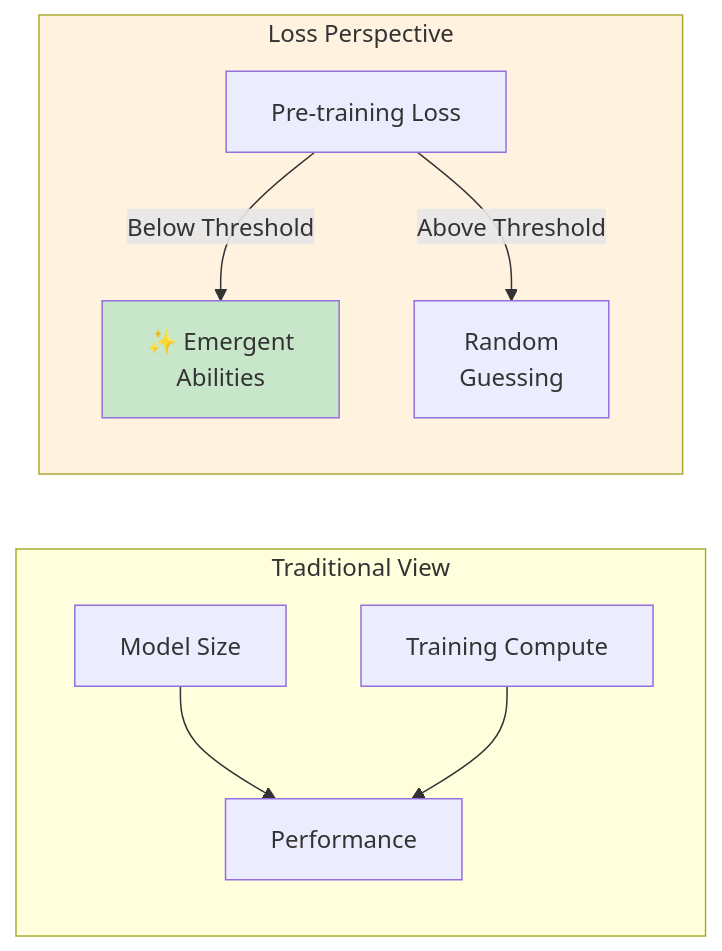
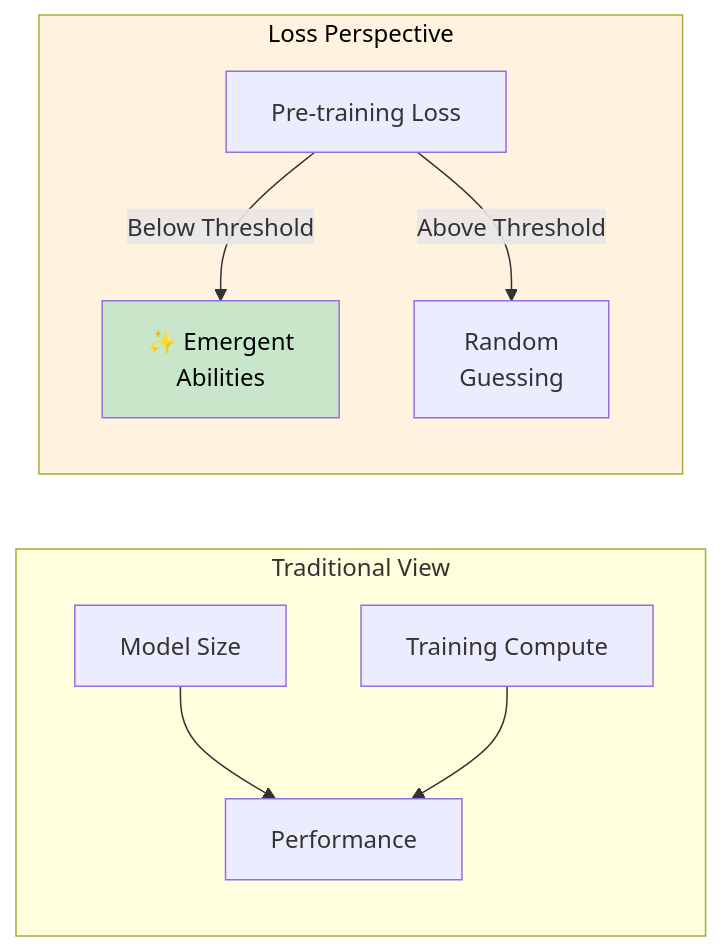
One commit to gel/gel.github.io changed the third of 5 diagrams in content/generative-ai/2-genai-research/6_genai_benchmarks.md. Above: the diagram before and after it, drawn with Mermaid. The commit also changed other lines of this file and 9 other files, not shown here.

Commit message:
feat: Add 'Ralph Wiggum Loop' trick and enhance Mermaid diagram rendering for improved theme compatibility.

````diff
--- a/content/generative-ai/2-genai-research/6_genai_benchmarks.md
+++ b/content/generative-ai/2-genai-research/6_genai_benchmarks.md
@@ -68,15 +68,15 @@
 ```mermaid
 flowchart LR
     subgraph Old["Traditional View"]
         Size[Model Size] --> Perf1[Performance]
         Compute[Training Compute] --> Perf1
     end
 
     subgraph New["Loss Perspective"]
         Loss[Pre-training Loss] --> |Below Threshold| Emerge["✨ Emergent\nAbilities"]
         Loss --> |Above Threshold| Random["Random\nGuessing"]
     end
 
-    style New fill:#fff3e0
-    style Emerge fill:#c8e6c9
+    style New fill:#fff3e0,color:#000
+    style Emerge fill:#c8e6c9,color:#000
 ```
````
